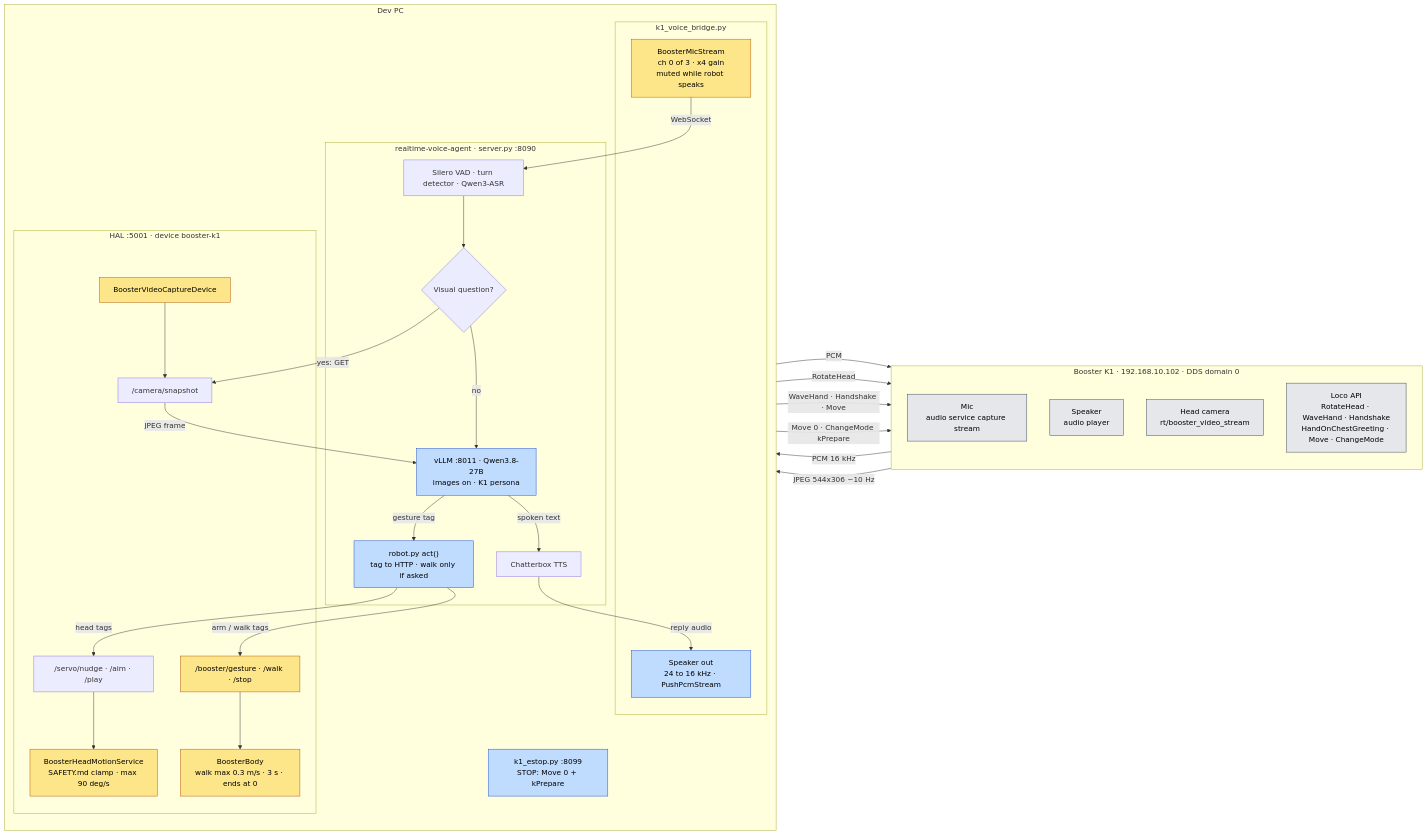
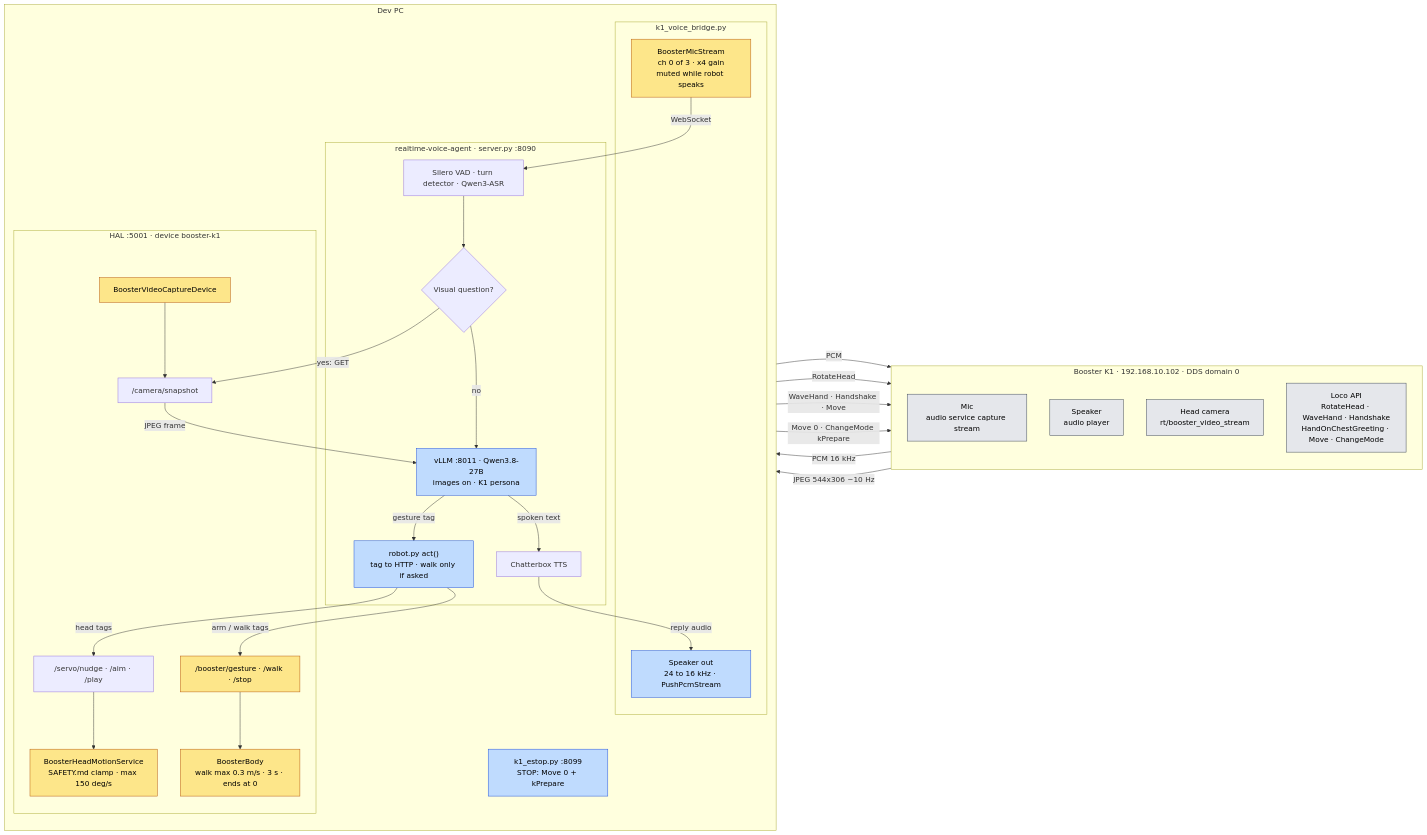
Before and after one commit to damtien444/autonomous-os: the diagram in hal/BOOSTER_K1_LOOP.md, drawn with Mermaid. The commit also changed other lines of this file and 23 other files, not shown here.

````diff
--- a/hal/BOOSTER_K1_LOOP.md
+++ b/hal/BOOSTER_K1_LOOP.md
@@ -11,61 +11,61 @@
 ```mermaid
 flowchart LR
   subgraph K1["Booster K1 · 192.168.10.102 · DDS domain 0"]
     direction TB
     MIC["Mic<br/>audio service capture stream"]
     SPK["Speaker<br/>audio player"]
     CAM["Head camera<br/>rt/booster_video_stream"]
     LOCO["Loco API<br/>RotateHead · WaveHand · Handshake<br/>HandOnChestGreeting · Move · ChangeMode"]
   end
 
   subgraph PC["Dev PC"]
     direction TB
     subgraph BR["k1_voice_bridge.py"]
       BMIC["BoosterMicStream<br/>ch 0 of 3 · x4 gain<br/>muted while robot speaks"]
       BSPK["Speaker out<br/>24 to 16 kHz · PushPcmStream"]
     end
     subgraph AG["realtime-voice-agent · server.py :8090"]
       ASR["Silero VAD · turn detector · Qwen3-ASR"]
       VIS{"Visual question?"}
       LLM["vLLM :8011 · Qwen3.8-27B<br/>images on · K1 persona"]
       TTS["Chatterbox TTS"]
       ACT["robot.py act()<br/>tag to HTTP · walk only if asked"]
     end
     subgraph HAL["HAL :5001 · device booster-k1"]
       SERVO["/servo/nudge · /aim · /play"]
-      HEAD["BoosterHeadMotionService<br/>SAFETY.md clamp · max 90 deg/s"]
+      HEAD["BoosterHeadMotionService<br/>SAFETY.md clamp · max 150 deg/s"]
       BODYR["/booster/gesture · /walk · /stop"]
       BODY["BoosterBody<br/>walk max 0.3 m/s · 3 s · ends at 0"]
       SNAP["/camera/snapshot"]
       CAMD["BoosterVideoCaptureDevice"]
     end
     ESTOP["k1_estop.py :8099<br/>STOP: Move 0 + kPrepare"]
   end
 
   MIC -->|"PCM 16 kHz"| BMIC
   BMIC -->|"WebSocket"| ASR
   ASR --> VIS
   VIS -->|"no"| LLM
   VIS -->|"yes: GET"| SNAP
   SNAP -->|"JPEG frame"| LLM
   LLM -->|"spoken text"| TTS
   LLM -->|"gesture tag"| ACT
   TTS -->|"reply audio"| BSPK
   BSPK -->|"PCM"| SPK
   ACT -->|"head tags"| SERVO
   ACT -->|"arm / walk tags"| BODYR
   SERVO --> HEAD
   HEAD -->|"RotateHead"| LOCO
   BODYR --> BODY
   BODY -->|"WaveHand · Handshake · Move"| LOCO
   CAM -->|"JPEG 544x306 ~10 Hz"| CAMD
   CAMD --> SNAP
   ESTOP -->|"Move 0 · ChangeMode kPrepare"| LOCO
 
   classDef hal fill:#fde68a,stroke:#b45309,color:#000
   classDef agent fill:#bfdbfe,stroke:#1d4ed8,color:#000
   classDef robot fill:#e5e7eb,stroke:#374151,color:#000
   class BMIC,HEAD,BODYR,BODY,CAMD hal
   class ACT,LLM,ESTOP,BSPK agent
   class MIC,SPK,CAM,LOCO robot
 ```
````
